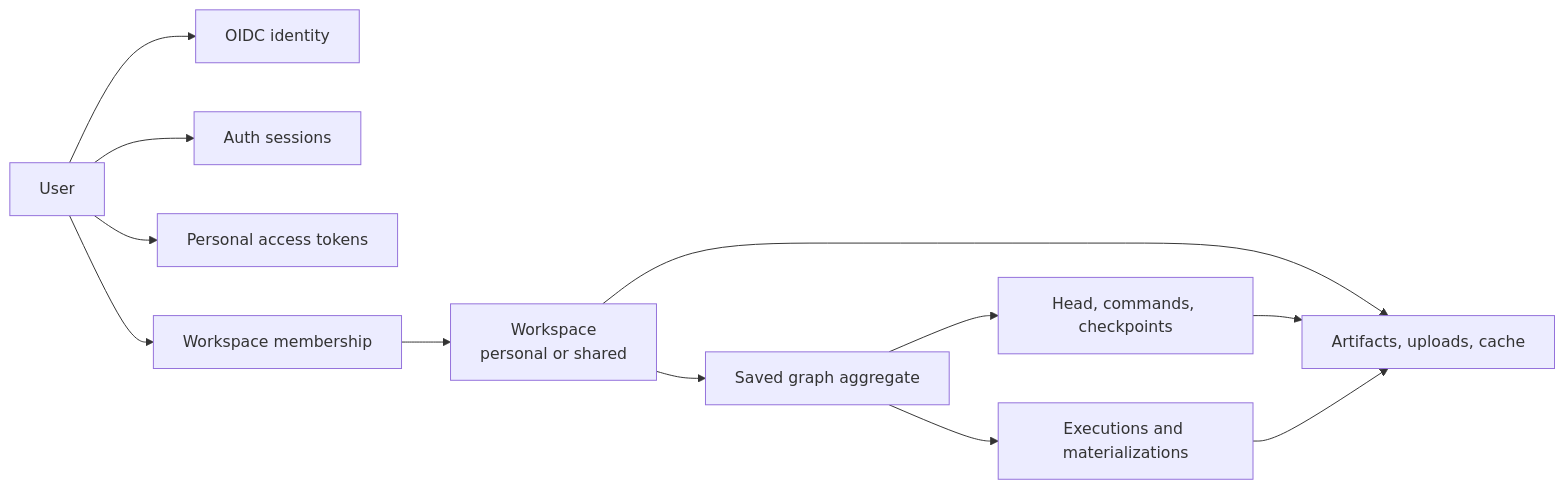
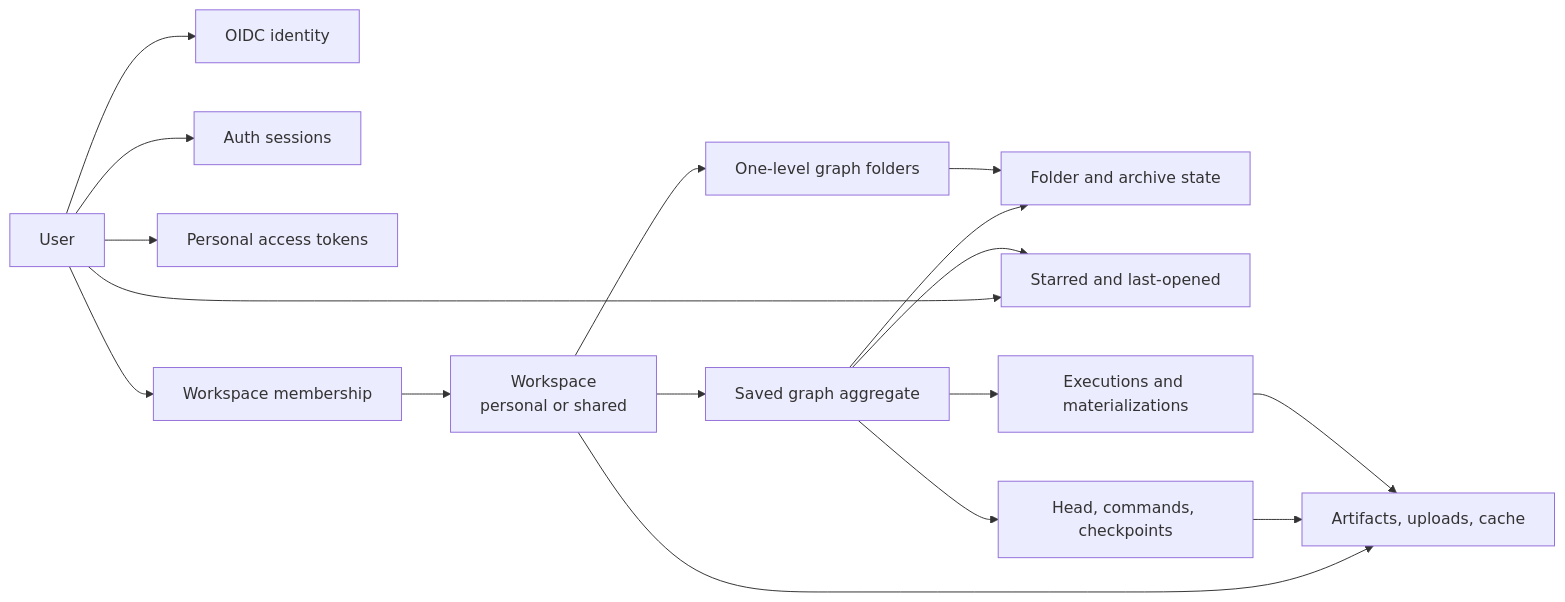
The diagram in docs/design/authentication-and-workspace-tenancy.md (artpods56/KUL_IDUB_EcclesialSchematisms), drawn with Mermaid before and after one commit. The commit also changed other lines of this file and 18 other files, not shown here.

Commit message:
feat(graphs): add authorized browser organization

````diff
--- a/docs/design/authentication-and-workspace-tenancy.md
+++ b/docs/design/authentication-and-workspace-tenancy.md
@@ -74,14 +74,19 @@
 ```mermaid
 flowchart LR
     User["User"] --> Identity["OIDC identity"]
     User --> Session["Auth sessions"]
     User --> Token["Personal access tokens"]
     User --> Membership["Workspace membership"]
     Membership --> Workspace["Workspace\npersonal or shared"]
     Workspace --> Graph["Saved graph aggregate"]
+    Workspace --> Folder["One-level graph folders"]
+    Graph --> Organization["Folder and archive state"]
+    Folder --> Organization
+    User --> PersonalState["Starred and last-opened"]
+    Graph --> PersonalState
     Graph --> Collaboration["Head, commands, checkpoints"]
     Graph --> Execution["Executions and materializations"]
     Workspace --> Resource["Artifacts, uploads, cache"]
     Collaboration --> Resource
     Execution --> Resource
 ```
````
